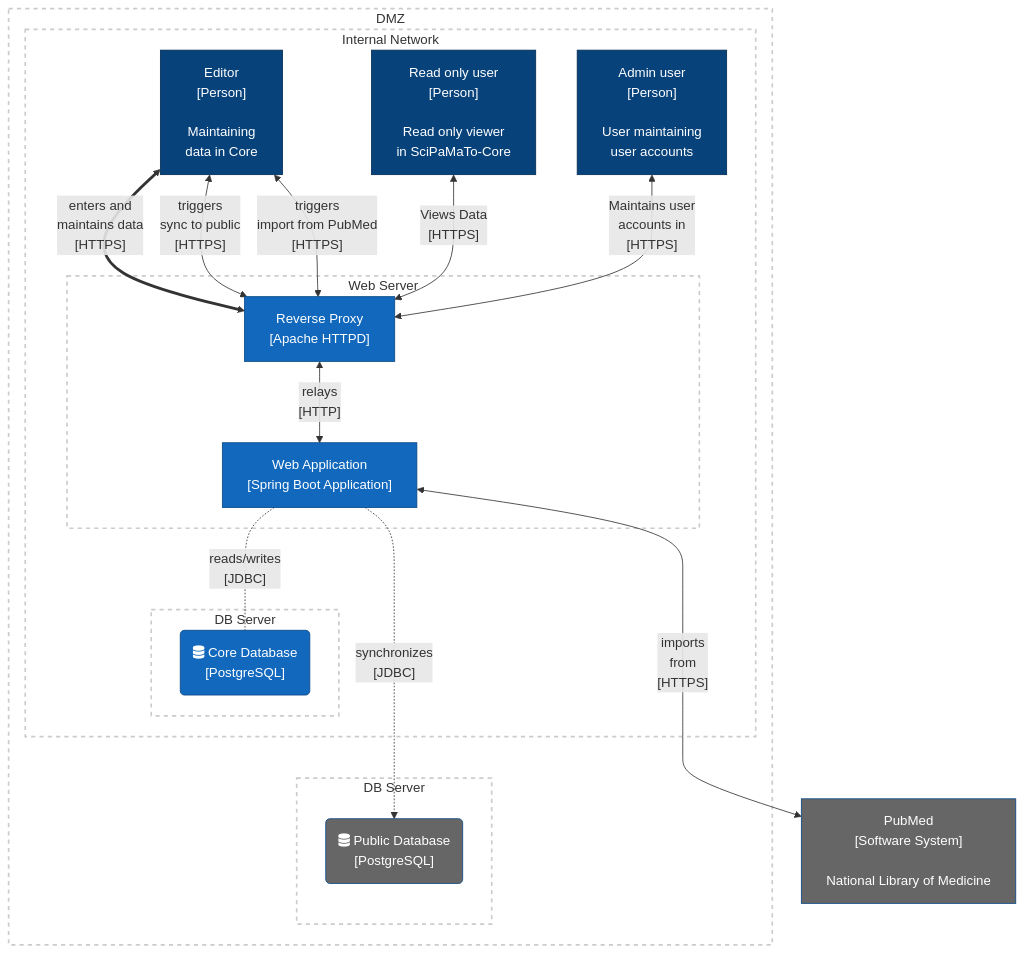
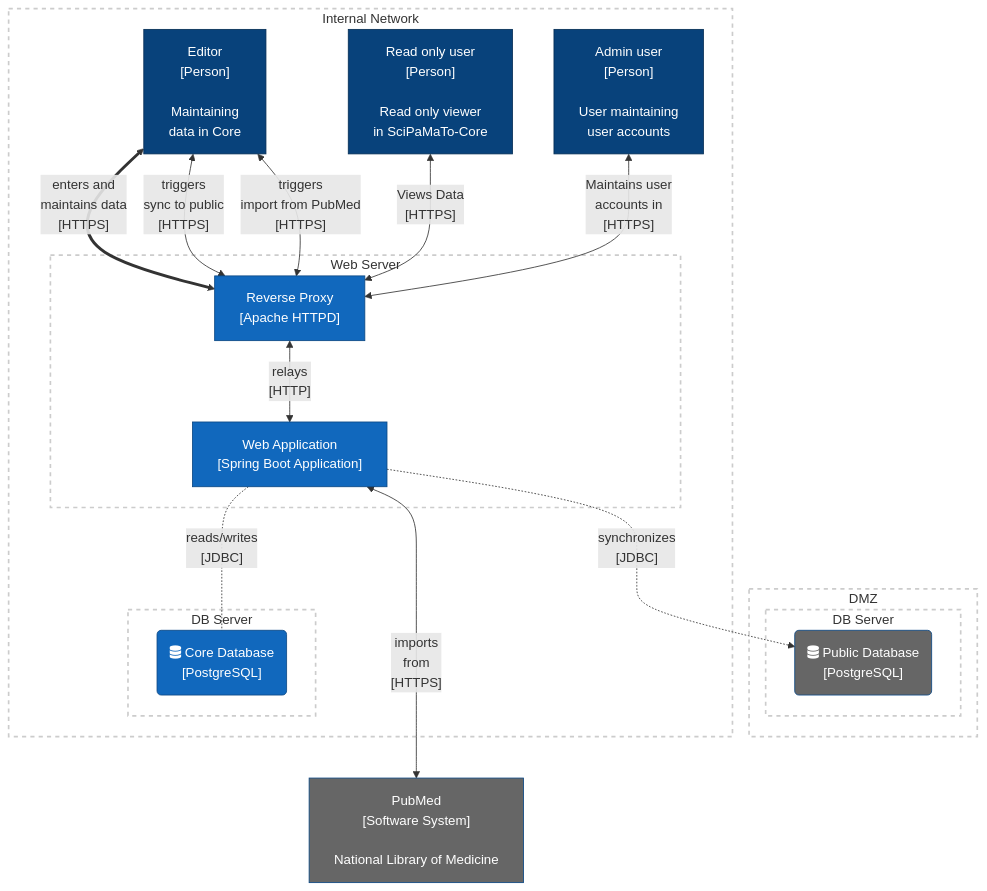
The second of 3 diagrams in README.adoc (ursjoss/scipamato), drawn with Mermaid before and after one commit. The commit also changed other lines of this file, not shown here.

Commit message:
C4-Diagrams: Move internal  network out of dmz

````diff
--- a/README.adoc
+++ b/README.adoc
@@ -64,46 +64,46 @@
 ```mermaid
 flowchart TD
   PM["PubMed<br/>[Software System]<br/><br/>National Library of Medicine"]
   subgraph dmz[DMZ]
     subgraph dbserver2[DB Server]
       SPDB("fas:fa-database Public Database<br/>[PostgreSQL]")
     end
-    subgraph internal[Internal Network]
-      Editor["Editor<br/>[Person]<br/><br/>Maintaining<br/>data in Core"]
-      Viewer["Read only user<br/>[Person]<br/><br/>Read only viewer<br/>in SciPaMaTo-Core"]
-      Admin["Admin user<br/>[Person]<br/><br/>User maintaining<br/>user accounts"]
-      subgraph webserver[Web Server]
-        RP["Reverse Proxy<br/>[Apache HTTPD]"]
-        SC["Web Application<br/>[Spring Boot Application]"]
-      end
-      subgraph dbserver1[DB Server]
-        SCDB("fas:fa-database Core Database<br/>[PostgreSQL]")
-      end
-      
-      Editor<==>|"enters and<br/>maintains data<br/>[HTTPS]"|RP
-      Editor<-->|"triggers<br/>sync to public<br/>[HTTPS]"|RP
-      Editor<-->|"triggers<br/>import from PubMed<br/>[HTTPS]"|RP
-      Viewer<-->|"Views Data<br/>[HTTPS]"|RP
-      Admin<-->|"Maintains user<br/>accounts in<br/>[HTTPS]"|RP
+  end
+  subgraph internal[Internal Network]
+    Editor["Editor<br/>[Person]<br/><br/>Maintaining<br/>data in Core"]
+    Viewer["Read only user<br/>[Person]<br/><br/>Read only viewer<br/>in SciPaMaTo-Core"]
+    Admin["Admin user<br/>[Person]<br/><br/>User maintaining<br/>user accounts"]
+    subgraph webserver[Web Server]
+      RP["Reverse Proxy<br/>[Apache HTTPD]"]
+      SC["Web Application<br/>[Spring Boot Application]"]
     end
+    subgraph dbserver1[DB Server]
+      SCDB("fas:fa-database Core Database<br/>[PostgreSQL]")
+    end
+    
+    Editor<==>|"enters and<br/>maintains data<br/>[HTTPS]"|RP
+    Editor<-->|"triggers<br/>sync to public<br/>[HTTPS]"|RP
+    Editor<-->|"triggers<br/>import from PubMed<br/>[HTTPS]"|RP
+    Viewer<-->|"Views Data<br/>[HTTPS]"|RP
+    Admin<-->|"Maintains user<br/>accounts in<br/>[HTTPS]"|RP
   end
   
   RP<-->|"relays<br/>[HTTP]"|SC
   SC-.-|"reads/writes<br/>[JDBC]"|SCDB
-  SC-..->|"synchronizes<br/>[JDBC]"|SPDB
+  SC-.->|"synchronizes<br/>[JDBC]"|SPDB
   SC<--->|"imports<br/>from<br/>[HTTPS]"|PM
   
   classDef container fill:#1168bd,stroke:#0b4884,color:#ffffff
   classDef supportingSystem fill:#666,stroke:#0b4884,color:#ffffff
   classDef person fill:#08427b,stroke:#052e56,color:#ffffff
 
   class Editor,Viewer,Admin person
   class SC,RP,SCDB container
   class PM,SPDB supportingSystem
 
   classDef boundary fill:none,stroke:#CCC,stroke-width:2px,stroke-dasharray: 5 5
   class dmz,internal boundary
 
   classDef server fill:none,stroke:#CCC,stroke-width:2px,stroke-dasharray: 5 5
   class dbserver1,dbserver2,webserver server
 ```
````
